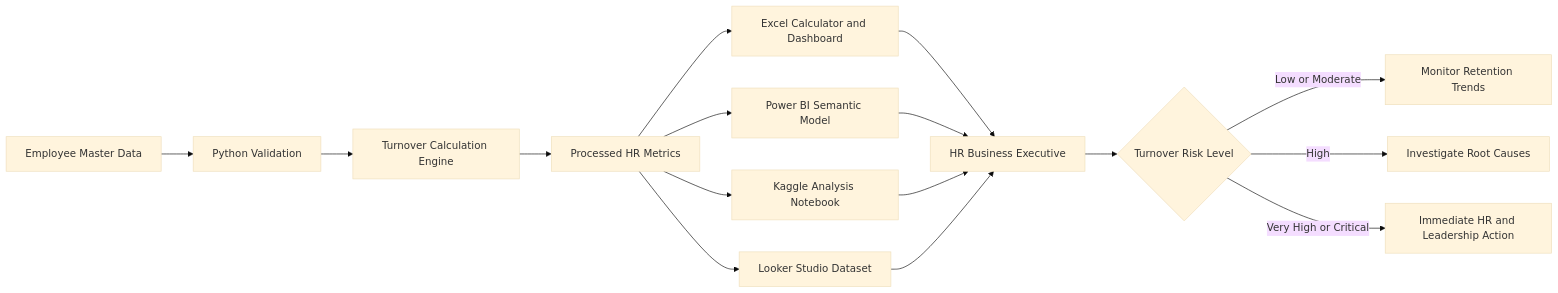
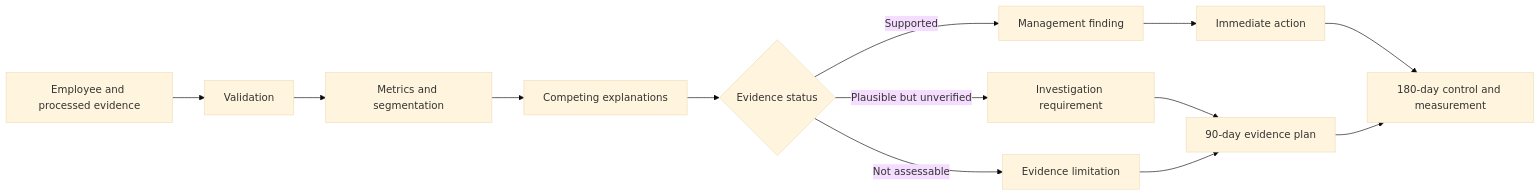
Before and after one commit to samusa099/hossain-group-hr-turnover-analytics-bd: the diagram in README.md, drawn with Mermaid (base theme). The commit also changed other lines of this file, not shown here.

````diff
--- a/README.md
+++ b/README.md
@@ -166,21 +241,15 @@
 ```mermaid
 flowchart LR
-    A[Employee Master Data] --> B[Python Validation]
-    B --> C[Turnover Calculation Engine]
-    C --> D[Processed HR Metrics]
-
-    D --> E[Excel Calculator and Dashboard]
-    D --> F[Power BI Semantic Model]
-    D --> G[Kaggle Analysis Notebook]
-    D --> H[Looker Studio Dataset]
-
-    E --> I[HR Business Executive]
-    F --> I
-    G --> I
-    H --> I
-
-    I --> J{Turnover Risk Level}
-    J -->|Low or Moderate| K[Monitor Retention Trends]
-    J -->|High| L[Investigate Root Causes]
-    J -->|Very High or Critical| M[Immediate HR and Leadership Action]
+    A[Employee and processed evidence] --> B[Validation]
+    B --> C[Metrics and segmentation]
+    C --> D[Competing explanations]
+    D --> E{Evidence status}
+    E -->|Supported| F[Management finding]
+    E -->|Plausible but unverified| G[Investigation requirement]
+    E -->|Not assessable| H[Evidence limitation]
+    F --> I[Immediate action]
+    G --> J[90-day evidence plan]
+    H --> J
+    I --> K[180-day control and measurement]
+    J --> K
 ```
````
